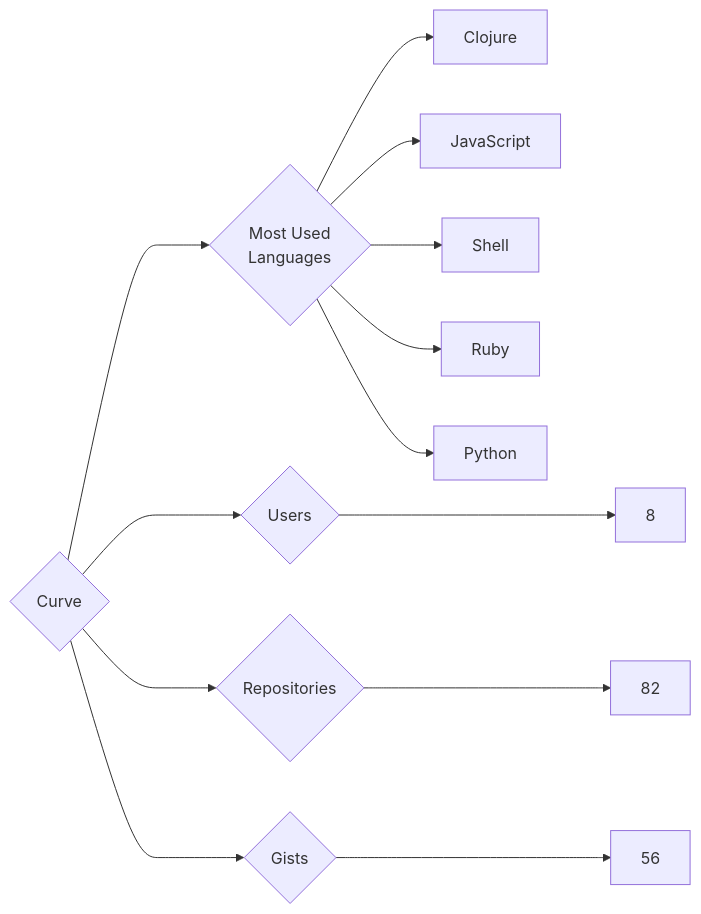
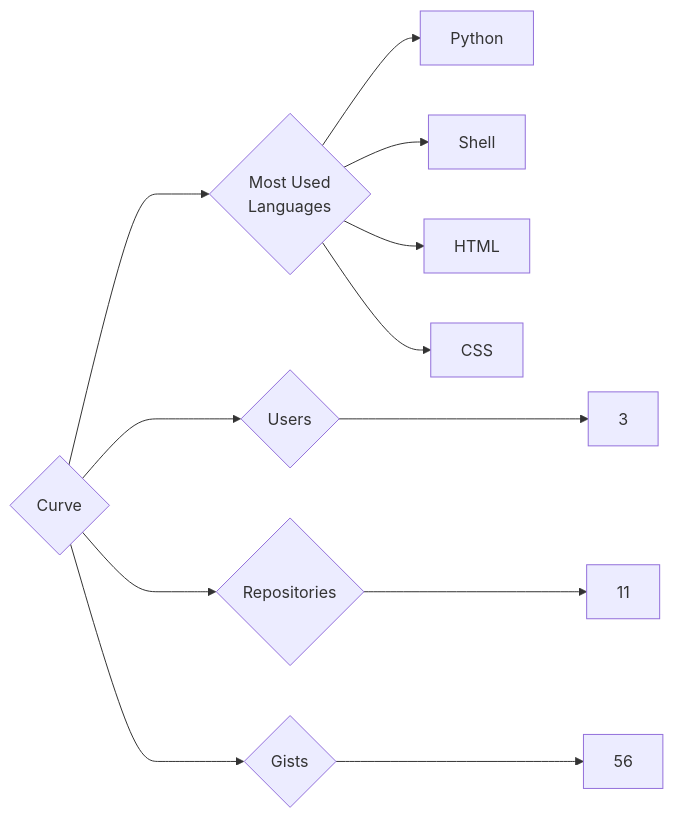
One commit to trickest/insiders changed the diagram in targets/Curve/README.md. Above: the diagram before and after it, drawn with Mermaid. The commit also changed 857 other files, not shown here.

````diff
--- a/targets/Curve/README.md
+++ b/targets/Curve/README.md
@@ -3,13 +3,12 @@
 ```mermaid
 graph LR
 COMPANY_NAME{Curve}
-COMPANY_NAME ---> U{Users} ---> UN[8]
-COMPANY_NAME ---> R{Repositories} ---> RN[82]
+COMPANY_NAME ---> U{Users} ---> UN[3]
+COMPANY_NAME ---> R{Repositories} ---> RN[11]
 COMPANY_NAME ---> G{Gists} ---> GN[56]
 COMPANY_NAME ---> ML{Most Used<br>Languages}
-ML --> Clojure[Clojure]
-ML --> JavaScript[JavaScript]
+ML --> Python[Python]
 ML --> Shell[Shell]
-ML --> Ruby[Ruby]
-ML --> Python[Python]
+ML --> HTML[HTML]
+ML --> CSS[CSS]
 ```
````
